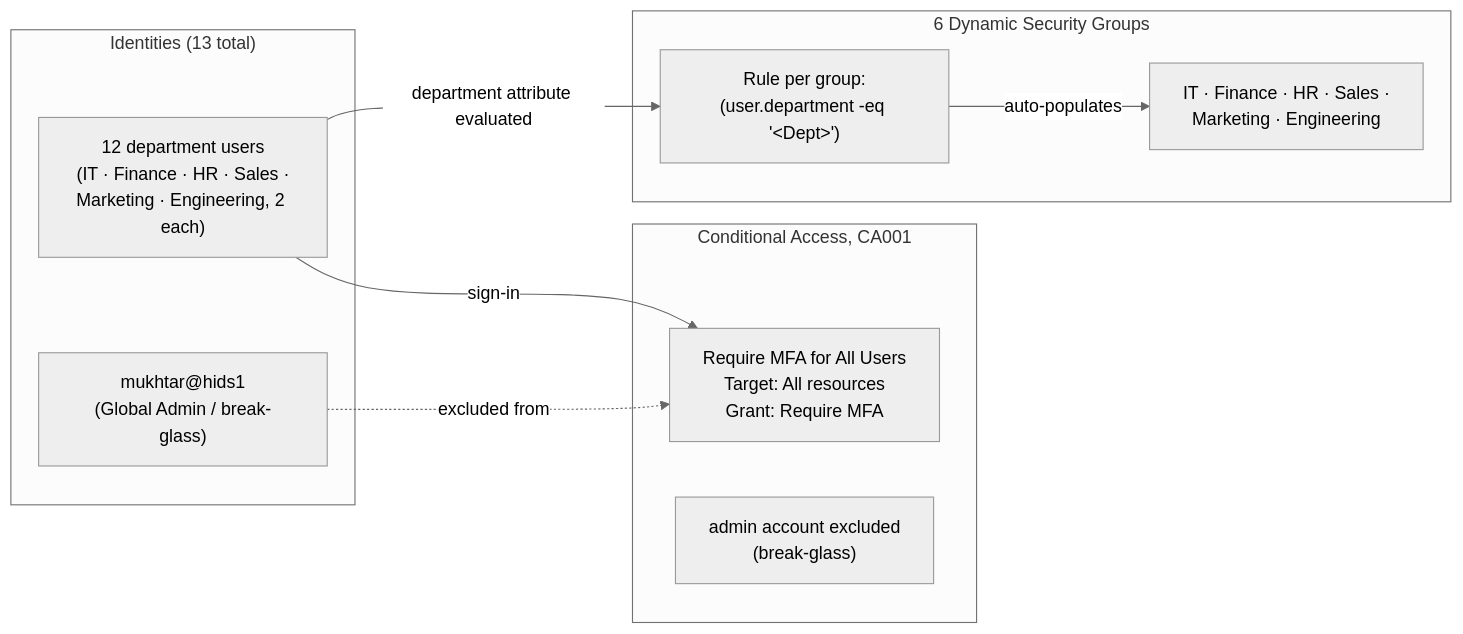
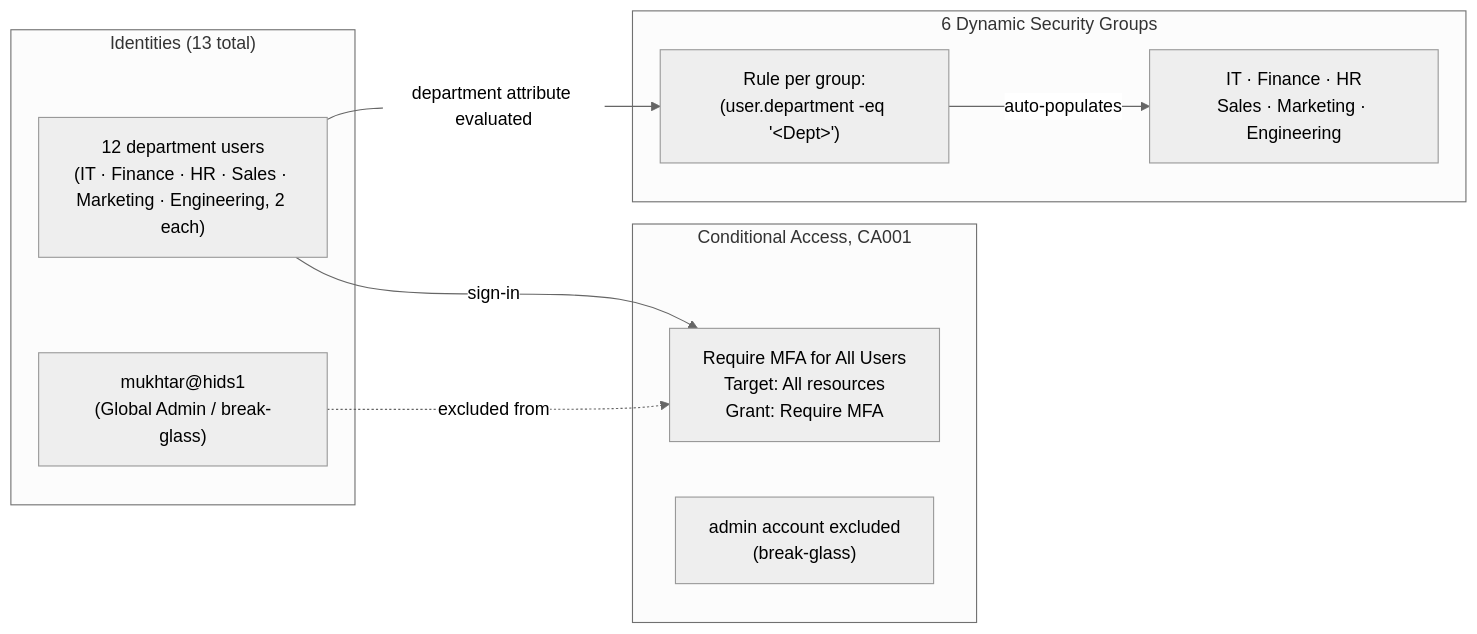
The diagram in labs/1-entra-dynamic-groups-conditional-access/README.md (mukhoury/iam-portfolio), drawn with Mermaid (neutral theme) before and after one commit.

Commit message:
Fix line breaks in Lab 1 architecture diagram
GitHub renders mermaid with HTML labels disabled, so the <br/> tags were
being stripped rather than breaking the line. Labels ran together, most
visibly "All UsersTarget: All resourcesGrant: Require MFA".

Switch to mermaid markdown strings, which carry real newlines.

````diff
--- a/labs/1-entra-dynamic-groups-conditional-access/README.md
+++ b/labs/1-entra-dynamic-groups-conditional-access/README.md
@@ -36,22 +36,29 @@
 ```mermaid
 flowchart LR
     subgraph Users["Identities (13 total)"]
-        u["12 department users<br/>(IT · Finance · HR · Sales ·<br/>Marketing · Engineering, 2 each)"]
-        admin["mukhtar@hids1<br/>(Global Admin / break-glass)"]
+        u["`12 department users
+        (IT · Finance · HR · Sales · Marketing · Engineering, 2 each)`"]
+        admin["`mukhtar@hids1
+        (Global Admin / break-glass)`"]
     end
 
     subgraph Groups["6 Dynamic Security Groups"]
-        rule["Rule per group:<br/>(user.department -eq '&lt;Dept&gt;')"]
-        g["IT · Finance · HR · Sales ·<br/>Marketing · Engineering"]
+        rule["`Rule per group:
+        (user.department -eq '&lt;Dept&gt;')`"]
+        g["`IT · Finance · HR
+        Sales · Marketing · Engineering`"]
     end
 
     subgraph CA["Conditional Access, CA001"]
-        policy["Require MFA for All Users<br/>Target: All resources<br/>Grant: Require MFA"]
-        exclude["admin account excluded<br/>(break-glass)"]
+        policy["`Require MFA for All Users
+        Target: All resources
+        Grant: Require MFA`"]
+        exclude["`admin account excluded
+        (break-glass)`"]
     end
 
     u -->|department attribute evaluated| rule
     rule -->|auto-populates| g
     u -->|sign-in| policy
     admin -.->|excluded from| policy
 ```
````
